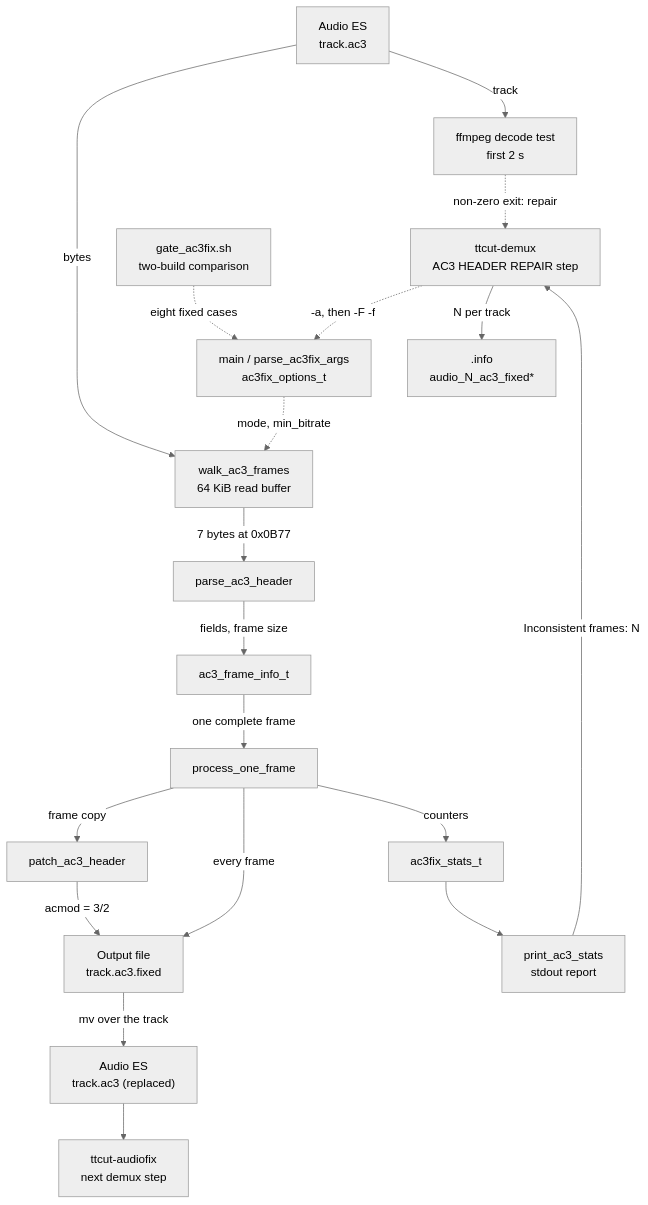
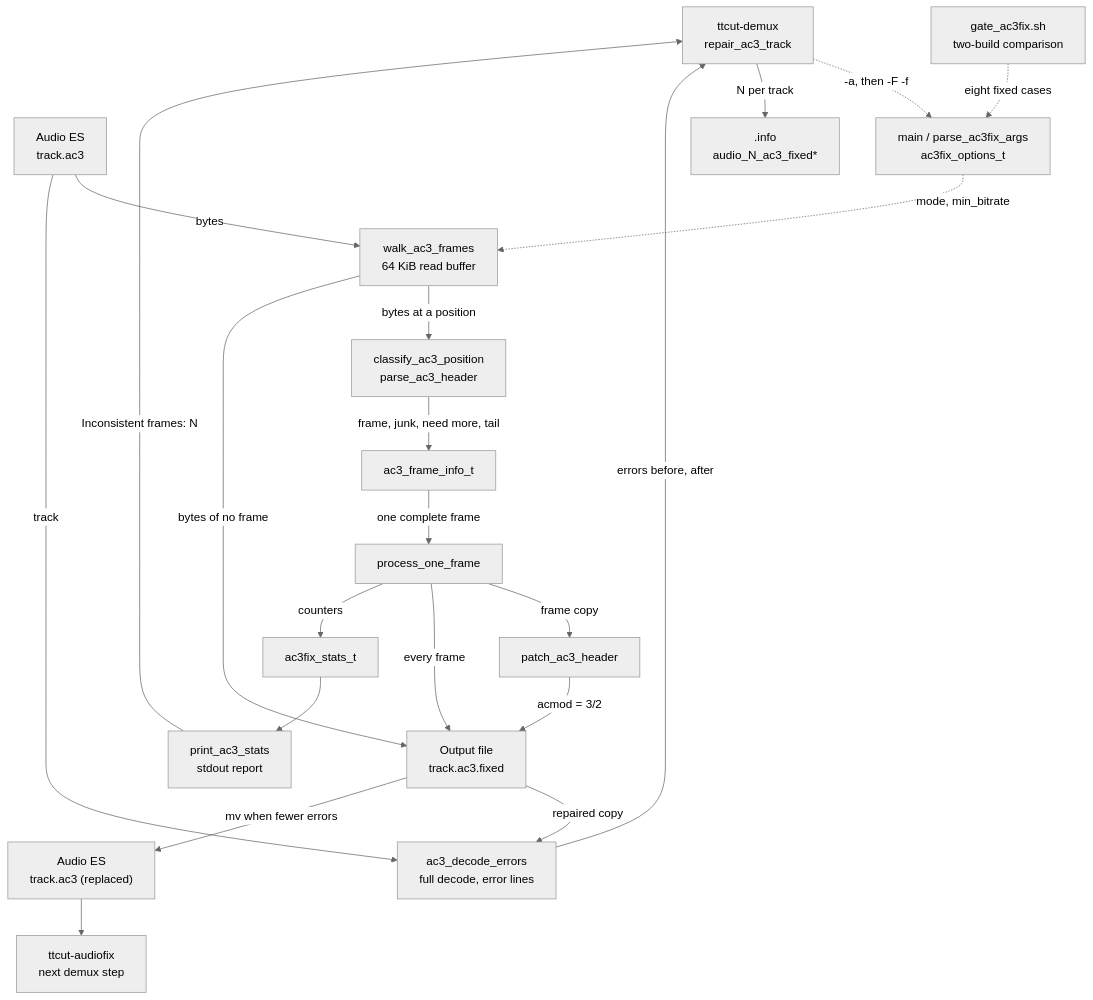
Before and after one commit to MINIXJR/TTCut-ng: the diagram in docs/code-map/ttcut-ac3fix.md, drawn with Mermaid (neutral theme). The commit also changed other lines of this file and 9 other files, not shown here.

````diff
--- a/docs/code-map/ttcut-ac3fix.md
+++ b/docs/code-map/ttcut-ac3fix.md
@@ -33,38 +34,40 @@
 ```mermaid
 flowchart TD
-    DEMUX["ttcut-demux<br/>AC3 HEADER REPAIR step"]
+    DEMUX["ttcut-demux<br/>repair_ac3_track"]
     GATE["gate_ac3fix.sh<br/>two-build comparison"]
     ESA["Audio ES<br/>track.ac3"]
     ARGS["main / parse_ac3fix_args<br/>ac3fix_options_t"]
     WALK["walk_ac3_frames<br/>64 KiB read buffer"]
-    PARSE["parse_ac3_header"]
+    PARSE["classify_ac3_position<br/>parse_ac3_header"]
     HDR["ac3_frame_info_t"]
     FRAME["process_one_frame"]
     PATCH["patch_ac3_header"]
     STATS["ac3fix_stats_t"]
     REPORT["print_ac3_stats<br/>stdout report"]
     OUT["Output file<br/>track.ac3.fixed"]
-    DECODE["ffmpeg decode test<br/>first 2 s"]
+    DECODE["ac3_decode_errors<br/>full decode, error lines"]
     FIXED["Audio ES<br/>track.ac3 (replaced)"]
     INFO[".info<br/>audio_N_ac3_fixed*"]
     AUDIOFIX["ttcut-audiofix<br/>next demux step"]
 
     DEMUX -. "-a, then -F -f" .-> ARGS
     GATE -. "eight fixed cases" .-> ARGS
     ARGS -. "mode, min_bitrate" .-> WALK
     ESA -->|"bytes"| WALK
-    WALK -->|"7 bytes at 0x0B77"| PARSE
-    PARSE -->|"fields, frame size"| HDR
+    WALK -->|"bytes at a position"| PARSE
+    PARSE -->|"frame, junk, need more, tail"| HDR
     HDR -->|"one complete frame"| FRAME
     FRAME -->|"frame copy"| PATCH
     PATCH -->|"acmod = 3/2"| OUT
     FRAME -->|"every frame"| OUT
+    WALK -->|"bytes of no frame"| OUT
     FRAME -->|"counters"| STATS
     STATS --> REPORT
     REPORT -->|"Inconsistent frames: N"| DEMUX
     ESA -->|"track"| DECODE
-    DECODE -. "non-zero exit: repair" .-> DEMUX
-    OUT -->|"mv over the track"| FIXED
+    OUT -->|"repaired copy"| DECODE
+    DECODE -->|"errors before, after"| DEMUX
+    OUT -->|"mv when fewer errors"| FIXED
     DEMUX -->|"N per track"| INFO
     FIXED --> AUDIOFIX
 ```
````
